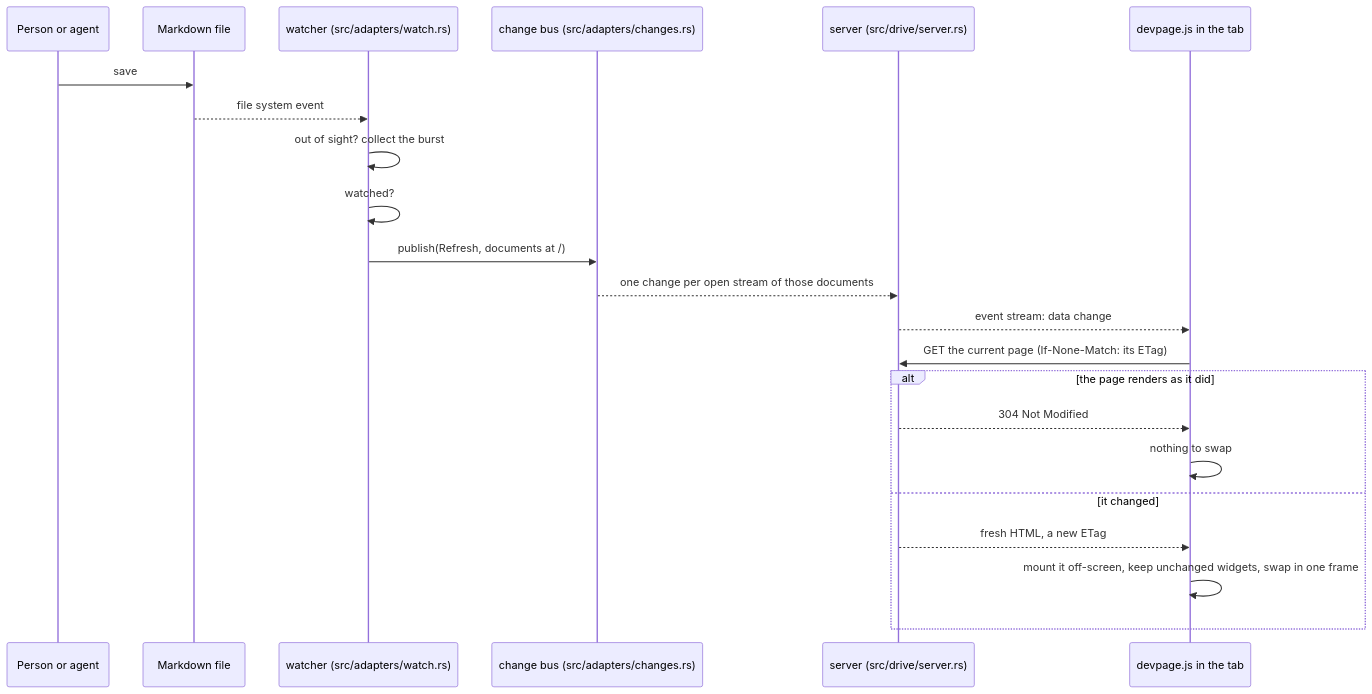
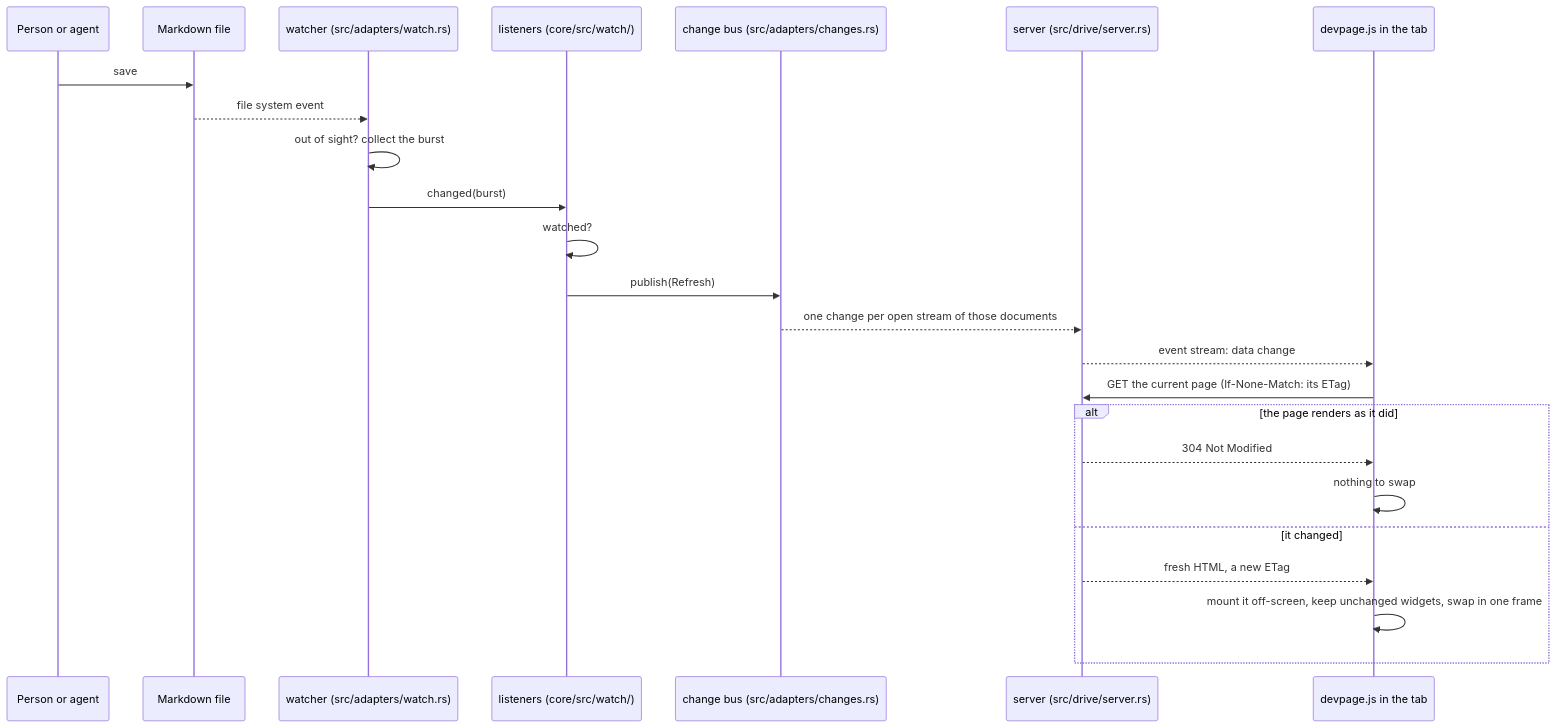
The first of 2 diagrams in docs/boxes/viewer/live-updates/README.md (andrei512/devpage), drawn with Mermaid before and after one commit. The commit also changed other lines of this file and 8 other files, not shown here.

First line of the commit message:
watch: local mode's response to saved files in one core function

````diff
--- a/docs/boxes/viewer/live-updates/README.md
+++ b/docs/boxes/viewer/live-updates/README.md
@@ -13,24 +13,26 @@
 ```mermaid
 sequenceDiagram
   participant Editor as Person or agent
   participant Disk as Markdown file
   participant Watcher as watcher (src/adapters/watch.rs)
+  participant Listeners as listeners (core/src/watch/)
   participant Channel as change bus (src/adapters/changes.rs)
   participant Server as server (src/drive/server.rs)
   participant Page as devpage.js in the tab
   Editor->>Disk: save
   Disk-->>Watcher: file system event
   Watcher->>Watcher: out of sight? collect the burst
-  Watcher->>Watcher: watched?
-  Watcher->>Channel: publish(Refresh, documents at /)
+  Watcher->>Listeners: changed(burst)
+  Listeners->>Listeners: watched?
+  Listeners->>Channel: publish(Refresh)
   Channel-->>Server: one change per open stream of those documents
   Server-->>Page: event stream: data change
   Page->>Server: GET the current page (If-None-Match: its ETag)
   alt the page renders as it did
     Server-->>Page: 304 Not Modified
     Page->>Page: nothing to swap
   else it changed
     Server-->>Page: fresh HTML, a new ETag
     Page->>Page: mount it off-screen, keep unchanged widgets, swap in one frame
   end
 ```
````
